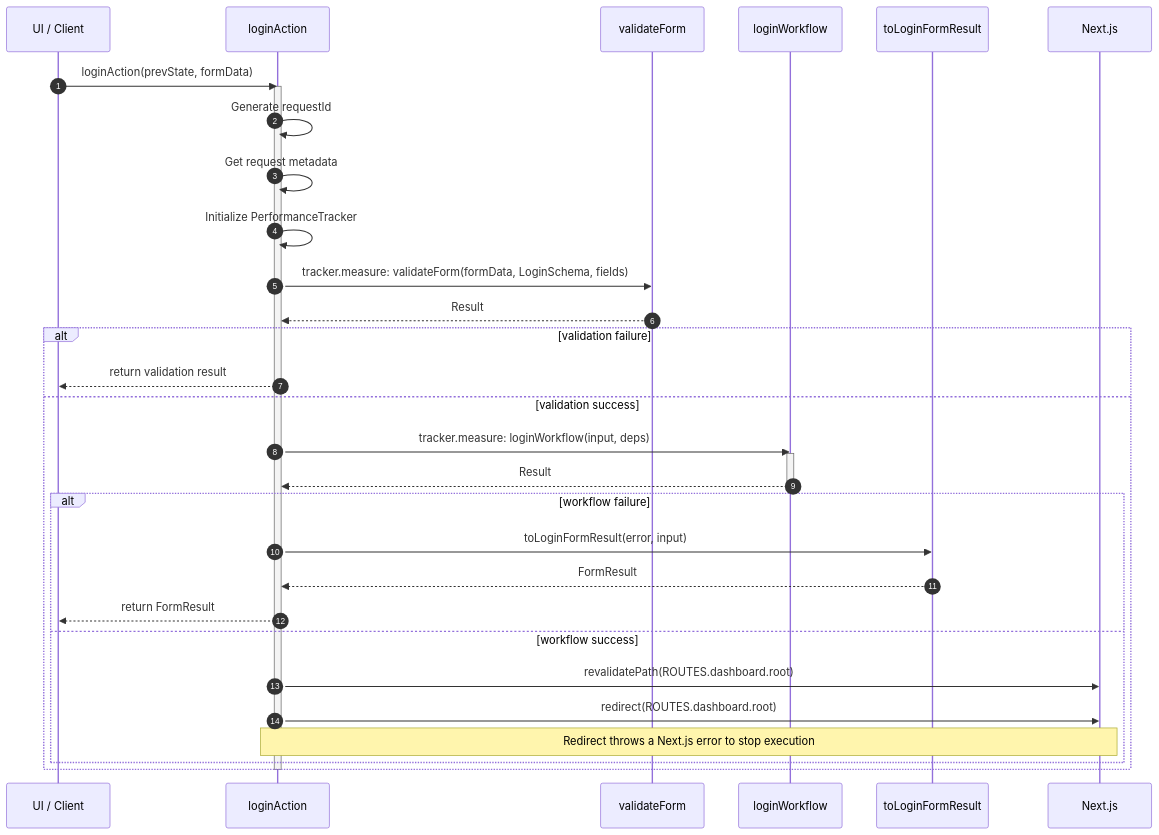
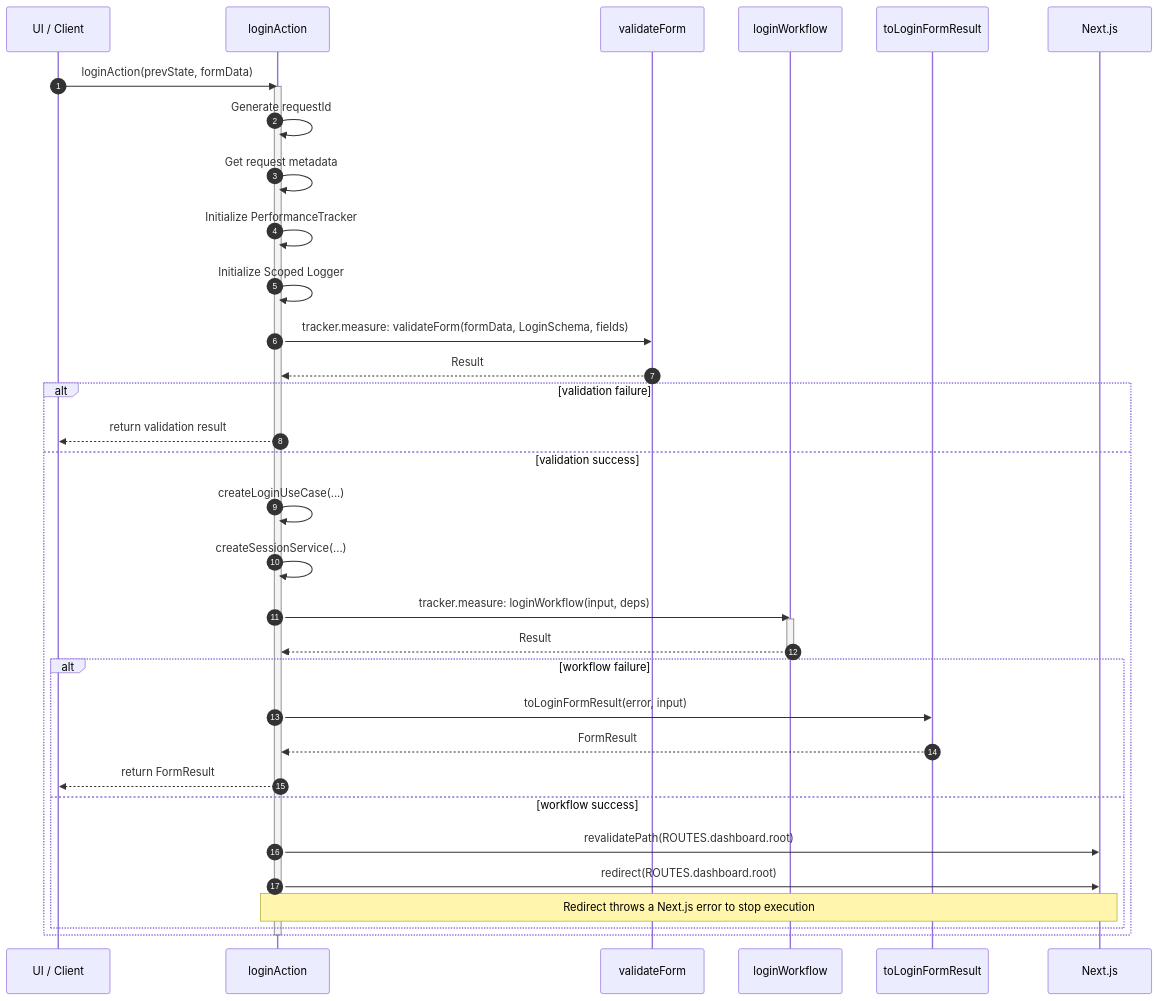
The first of 6 diagrams in src/modules/auth/notes/sequence-diagrams.md (andrewpetersondev/nextjs-dashboard), drawn with Mermaid before and after one commit. The commit also changed other lines of this file and 1 other file, not shown here.

Commit message:
docs: update flowcharts and sequence diagrams for login workflow and session establishment, enhancing clarity and anti-enumeration logic

````diff
--- a/src/modules/auth/notes/sequence-diagrams.md
+++ b/src/modules/auth/notes/sequence-diagrams.md
@@ -9,42 +9,46 @@
 ```mermaid
 sequenceDiagram
   autonumber
 
   participant UI as UI / Client
   participant ACT as loginAction
   participant VAL as validateForm
   participant WF as loginWorkflow
   participant MAP as toLoginFormResult
   participant NX as Next.js
 
   UI->>ACT: loginAction(prevState, formData)
   activate ACT
 
   ACT->>ACT: Generate requestId
   ACT->>ACT: Get request metadata
   ACT->>ACT: Initialize PerformanceTracker
+  ACT->>ACT: Initialize Scoped Logger
 
   ACT->>VAL: tracker.measure: validateForm(formData, LoginSchema, fields)
   VAL-->>ACT: Result
 
   alt validation failure
     ACT-->>UI: return validation result
   else validation success
+    ACT->>ACT: createLoginUseCase(...)
+    ACT->>ACT: createSessionService(...)
+
     ACT->>WF: tracker.measure: loginWorkflow(input, deps)
     activate WF
     WF-->>ACT: Result
     deactivate WF
 
     alt workflow failure
       ACT->>MAP: toLoginFormResult(error, input)
       MAP-->>ACT: FormResult
       ACT-->>UI: return FormResult
     else workflow success
       ACT->>NX: revalidatePath(ROUTES.dashboard.root)
       ACT->>NX: redirect(ROUTES.dashboard.root)
       note over ACT, NX: Redirect throws a Next.js error to stop execution
     end
   end
 
   deactivate ACT
 ```
````
